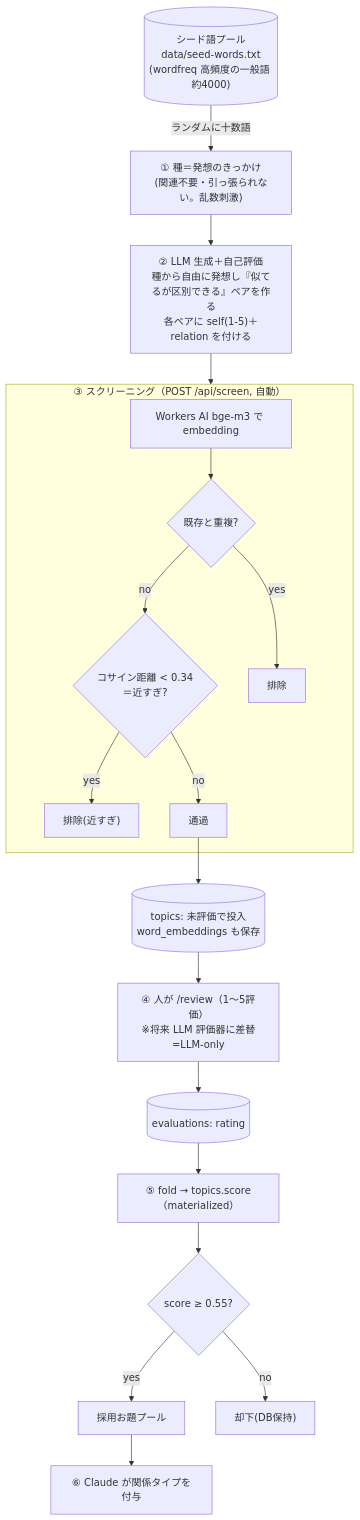
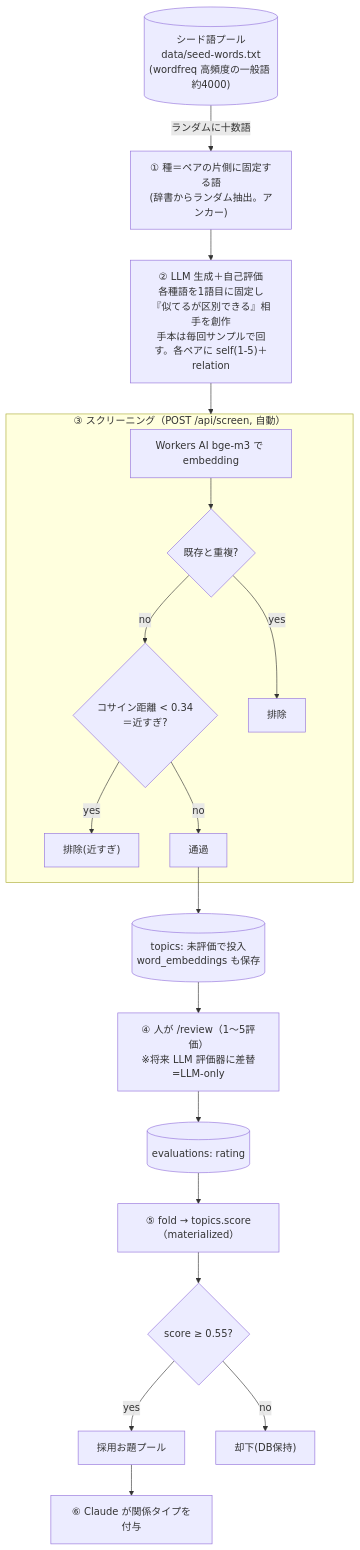
Before and after one commit to sushidesu/wordninja2: the diagram in docs/odai-generation-flow.md, drawn with Mermaid. The commit also changed other lines of this file and 1 other file, not shown here.

First line of the commit message:
docs(topics): anchor seed as one word + rotate few-shot (fix repetition)

````diff
--- a/docs/odai-generation-flow.md
+++ b/docs/odai-generation-flow.md
@@ -5,27 +5,27 @@
 ```mermaid
 flowchart TB
   POOL[("シード語プール<br/>data/seed-words.txt<br/>(wordfreq 高頻度の一般語 約4000)")]
-  POOL -->|"ランダムに十数語"| SEED["① 種＝発想のきっかけ<br/>(関連不要・引っ張られない。乱数刺激)"]
-  SEED --> GEN["② LLM 生成＋自己評価<br/>種から自由に発想し『似てるが区別できる』ペアを作る<br/>各ペアに self(1-5)＋relation を付ける"]
+  POOL -->|"ランダムに十数語"| SEED["① 種＝ペアの片側に固定する語<br/>(辞書からランダム抽出。アンカー)"]
+  SEED --> GEN["② LLM 生成＋自己評価<br/>各種語を1語目に固定し『似てるが区別できる』相手を創作<br/>手本は毎回サンプルで回す。各ペアに self(1-5)＋relation"]
   GEN --> SCREEN
 
   subgraph SCREEN["③ スクリーニング（POST /api/screen, 自動）"]
     EMB["Workers AI bge-m3 で embedding"]
     DUP{"既存と重複?"}
     NEAR{"コサイン距離 < 0.34<br/>＝近すぎ?"}
     EMB --> DUP
     DUP -- "yes" --> X1["排除"]
     DUP -- "no" --> NEAR
     NEAR -- "yes" --> X2["排除(近すぎ)"]
     NEAR -- "no" --> PASS["通過"]
   end
 
   PASS --> TOPICS[("topics: 未評価で投入<br/>word_embeddings も保存")]
   TOPICS --> REVIEW["④ 人が /review（1〜5評価）<br/>※将来 LLM 評価器に差替=LLM-only"]
   REVIEW --> EVALS[("evaluations: rating")]
   EVALS --> FOLD["⑤ fold → topics.score（materialized）"]
   FOLD --> ACC{"score ≥ 0.55?"}
   ACC -- "yes" --> ACCEPTED["採用お題プール"]
   ACC -- "no" --> REJECTED["却下(DB保持)"]
   ACCEPTED --> LABEL["⑥ Claude が関係タイプを付与"]
 ```
````
